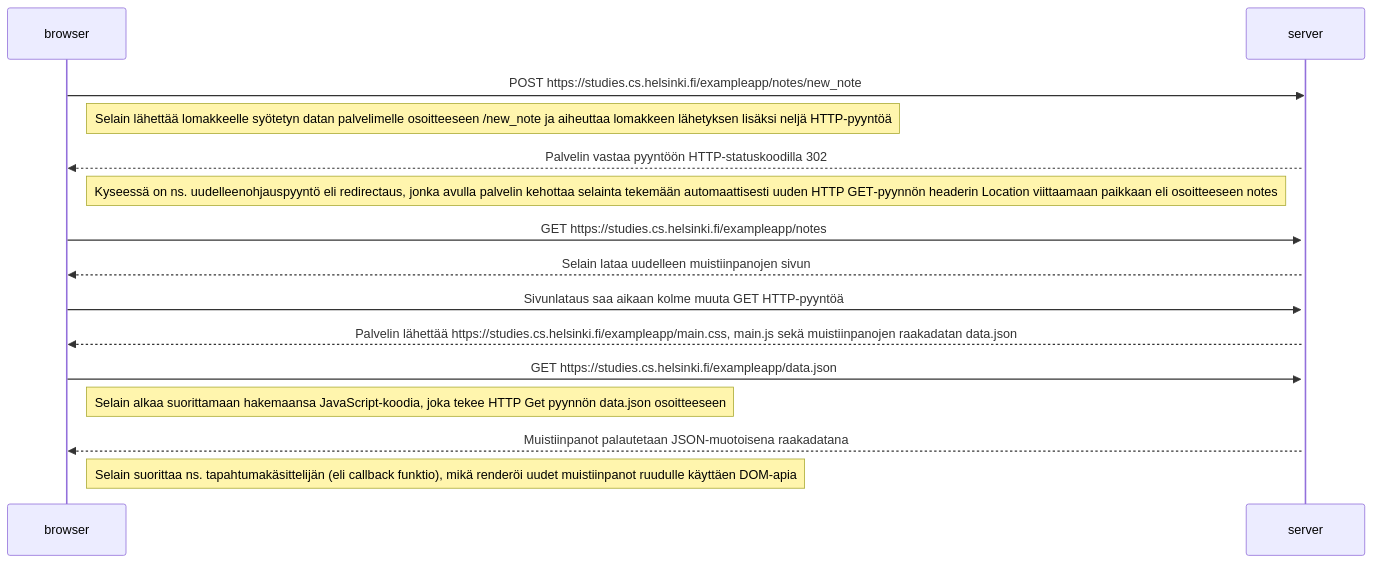
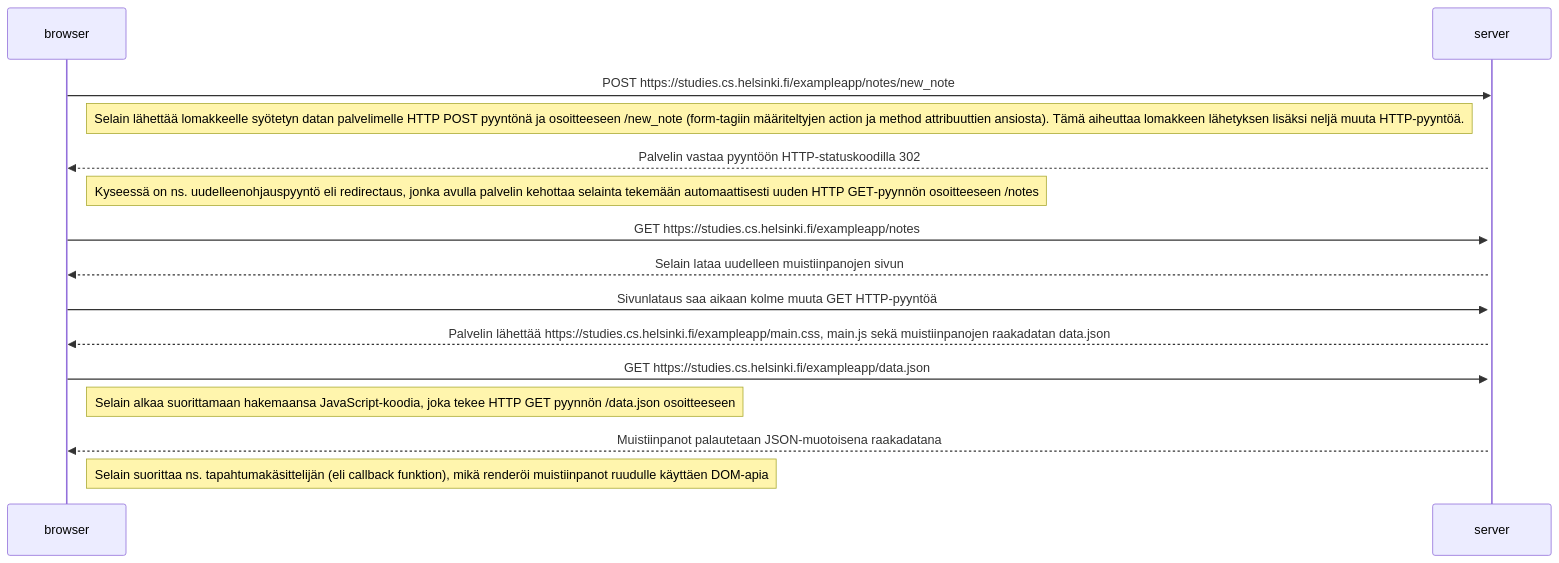
The diagram in osa0/0.4/uusimuistiinpano.md (superjunnu/fullstackopen), drawn with Mermaid before and after one commit.

````diff
--- a/osa0/0.4/uusimuistiinpano.md
+++ b/osa0/0.4/uusimuistiinpano.md
@@ -1,29 +1,29 @@
 ```mermaid
 sequenceDiagram
     participant browser
     participant server
     
     browser->>server: POST https://studies.cs.helsinki.fi/exampleapp/notes/new_note
 
-Note right of browser: Selain lähettää lomakkeelle syötetyn datan palvelimelle osoitteeseen /new_note ja aiheuttaa lomakkeen lähetyksen lisäksi neljä HTTP-pyyntöä
+Note right of browser: Selain lähettää lomakkeelle syötetyn datan palvelimelle HTTP POST pyyntönä ja osoitteeseen /new_note (form-tagiin määriteltyjen action ja method attribuuttien ansiosta). Tämä aiheuttaa lomakkeen lähetyksen lisäksi neljä muuta HTTP-pyyntöä.
 
     activate server
     server-->>browser: Palvelin vastaa pyyntöön HTTP-statuskoodilla 302
 
-Note right of browser: Kyseessä on ns. uudelleenohjauspyyntö eli redirectaus, jonka avulla palvelin kehottaa selainta tekemään automaattisesti uuden HTTP GET‑pyynnön headerin Location viittaamaan paikkaan eli osoitteeseen notes
+Note right of browser: Kyseessä on ns. uudelleenohjauspyyntö eli redirectaus, jonka avulla palvelin kehottaa selainta tekemään automaattisesti uuden HTTP GET‑pyynnön osoitteeseen /notes
 
     browser->>server: GET https://studies.cs.helsinki.fi/exampleapp/notes
     activate server
     server-->>browser: Selain lataa uudelleen muistiinpanojen sivun
     
     browser->>server: Sivunlataus saa aikaan kolme muuta GET HTTP-pyyntöä
     activate server
     server-->>browser: Palvelin lähettää https://studies.cs.helsinki.fi/exampleapp/main.css, main.js sekä muistiinpanojen raakadatan data.json
  
     browser->>server: GET https://studies.cs.helsinki.fi/exampleapp/data.json
-Note right of browser: Selain alkaa suorittamaan hakemaansa JavaScript-koodia, joka tekee HTTP Get pyynnön data.json osoitteeseen
+Note right of browser: Selain alkaa suorittamaan hakemaansa JavaScript-koodia, joka tekee HTTP GET pyynnön /data.json osoitteeseen
     activate server
     server-->>browser: Muistiinpanot palautetaan JSON-muotoisena raakadatana
      
-Note right of browser: Selain suorittaa ns. tapahtumakäsittelijän (eli callback funktio), mikä renderöi uudet muistiinpanot ruudulle käyttäen DOM-apia
+Note right of browser: Selain suorittaa ns. tapahtumakäsittelijän (eli callback funktion), mikä renderöi muistiinpanot ruudulle käyttäen DOM-apia
 ```
````
